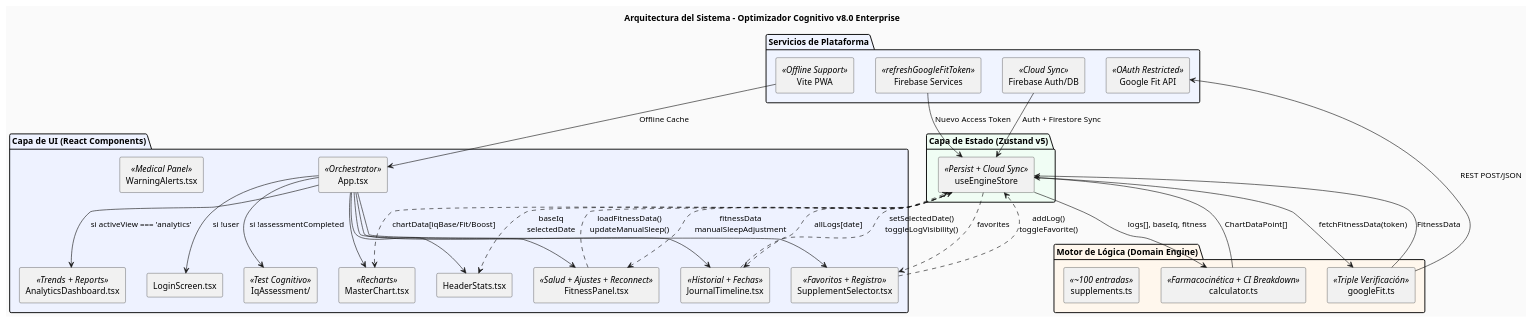
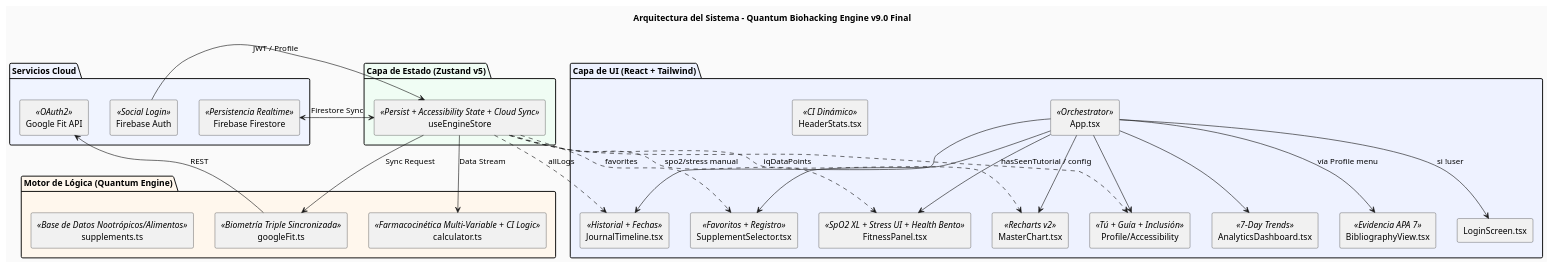
One commit to Camilo-Alberto-Palacio/optimizador-cognitivo changed the diagram in diagramas/architecture.puml. Above: the diagram before and after it, drawn with PlantUML. The commit also changed 2 other files, not shown here.

Commit message:
docs: v9.0 Final PRO - architecture updates, README with math logic and APA bibliography

```diff
--- a/diagramas/architecture.puml
+++ b/diagramas/architecture.puml
@@ -1,68 +1,58 @@
-@startuml Architecture_v2
+@startuml Architecture_v9
 skinparam componentStyle rectangle
 skinparam backgroundColor #FAFAFA
-title Arquitectura del Sistema - Optimizador Cognitivo v8.0 Enterprise
+title Arquitectura del Sistema - Quantum Biohacking Engine v9.0 Final
 
-package "Capa de UI (React Components)" #EEF2FF {
+package "Capa de UI (React + Tailwind)" #EEF2FF {
   [App.tsx] as App <<Orchestrator>>
   [JournalTimeline.tsx] as Journal <<Historial + Fechas>>
   [SupplementSelector.tsx] as Selector <<Favoritos + Registro>>
-  [FitnessPanel.tsx] as Fitness <<Salud + Ajustes + Reconnect>>
-  [MasterChart.tsx] as Chart <<Recharts>>
-  [AnalyticsDashboard.tsx] as Analytics <<Trends + Reports>>
-  [HeaderStats.tsx] as Stats
-  [WarningAlerts.tsx] as Alerts <<Medical Panel>>
+  [FitnessPanel.tsx] as Fitness <<SpO2 XL + Stress UI + Health Bento>>
+  [MasterChart.tsx] as Chart <<Recharts v2>>
+  [AnalyticsDashboard.tsx] as Analytics <<7-Day Trends>>
+  [BibliographyView.tsx] as Biblio <<Evidencia APA 7>>
+  [HeaderStats.tsx] as Stats <<CI Dinámico>>
   [LoginScreen.tsx] as Login
-  [IqAssessment/] as IQ <<Test Cognitivo>>
+  [Profile/Accessibility] as Profile <<Tú + Guía + Inclusión>>
 }
 
 package "Capa de Estado (Zustand v5)" #F0FDF4 {
-  [useEngineStore] as Store <<Persist + Cloud Sync>>
+  [useEngineStore] as Store <<Persist + Accessibility State + Cloud Sync>>
 }
 
-package "Motor de Lógica (Domain Engine)" #FFF7ED {
-  [calculator.ts] as CalcEngine <<Farmacocinética + CI Breakdown>>
-  [googleFit.ts] as FitService <<Triple Verificación>>
-  [supplements.ts] as Catalog <<~100 entradas>>
+package "Motor de Lógica (Quantum Engine)" #FFF7ED {
+  [calculator.ts] as CalcEngine <<Farmacocinética Multi-Variable + CI Logic>>
+  [googleFit.ts] as FitService <<Biometría Triple Sincronizada>>
+  [supplements.ts] as Catalog <<Base de Datos Nootrópicos/Alimentos>>
 }
 
-package "Servicios de Plataforma" #F0F4FF {
-  [Google Fit API] as FitAPI <<OAuth Restricted>>
-  [Firebase Auth/DB] as Cloud <<Cloud Sync>>
-  [Firebase Services] as FbSrv <<refreshGoogleFitToken>>
-  [Vite PWA] as PWA <<Offline Support>>
+package "Servicios Cloud" #F0F4FF {
+  [Google Fit API] as FitAPI <<OAuth2>>
+  [Firebase Firestore] as DB <<Persistencia Realtime>>
+  [Firebase Auth] as Auth <<Social Login>>
 }
 
 ' UI a Zustand/Servicios
 App --> Journal
 App --> Selector
 App --> Fitness
 App --> Chart
-App --> Analytics : "si activeView === 'analytics'"
-App --> Stats
+App --> Analytics
+App --> Biblio : "vía Profile menu"
 App --> Login : "si !user"
-App --> IQ : "si !assessmentCompleted"
+App --> Profile
 
-Store ..> Journal : "allLogs[date]"
+Store ..> Journal : "allLogs"
 Store ..> Selector : "favorites"
-Store ..> Fitness : "fitnessData\nmanualSleepAdjustment"
-Store ..> Chart : "chartData[iqBase/Fit/Boost]"
-Store ..> Stats : "baseIq\nselectedDate"
+Store ..> Fitness : "spo2/stress manual"
+Store ..> Chart : "iqDataPoints"
+Store ..> Profile : "hasSeenTutorial / config"
 
-Journal ..> Store : "setSelectedDate()\ntoggleLogVisibility()"
-Selector ..> Store : "addLog()\ntoggleFavorite()"
-Fitness ..> Store : "loadFitnessData()\nupdateManualSleep()"
-
-' Zustand a Motor
-Store -down-> CalcEngine : "logs[], baseIq, fitness"
-CalcEngine -up-> Store : "ChartDataPoint[]"
-Store -down-> FitService : "fetchFitnessData(token)"
-FitService -up-> Store : "FitnessData"
-FitService -right-> FitAPI : "REST POST/JSON"
-
-' Servicios
-Cloud --> Store : "Auth + Firestore Sync"
-FbSrv --> Store : "Nuevo Access Token"
-PWA --> App : "Offline Cache"
+' Sincronización
+Store -down-> CalcEngine : "Data Stream"
+Store -down-> FitService : "Sync Request"
+FitService -right-> FitAPI : "REST"
+DB <-left-> Store : "Firestore Sync"
+Auth --> Store : "JWT / Profile"
 
 @enduml
```
